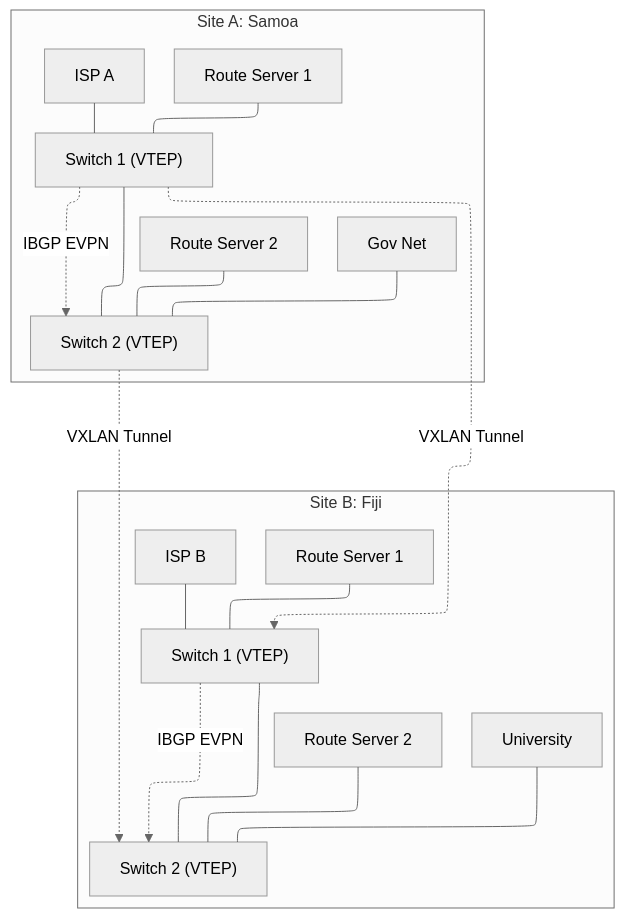
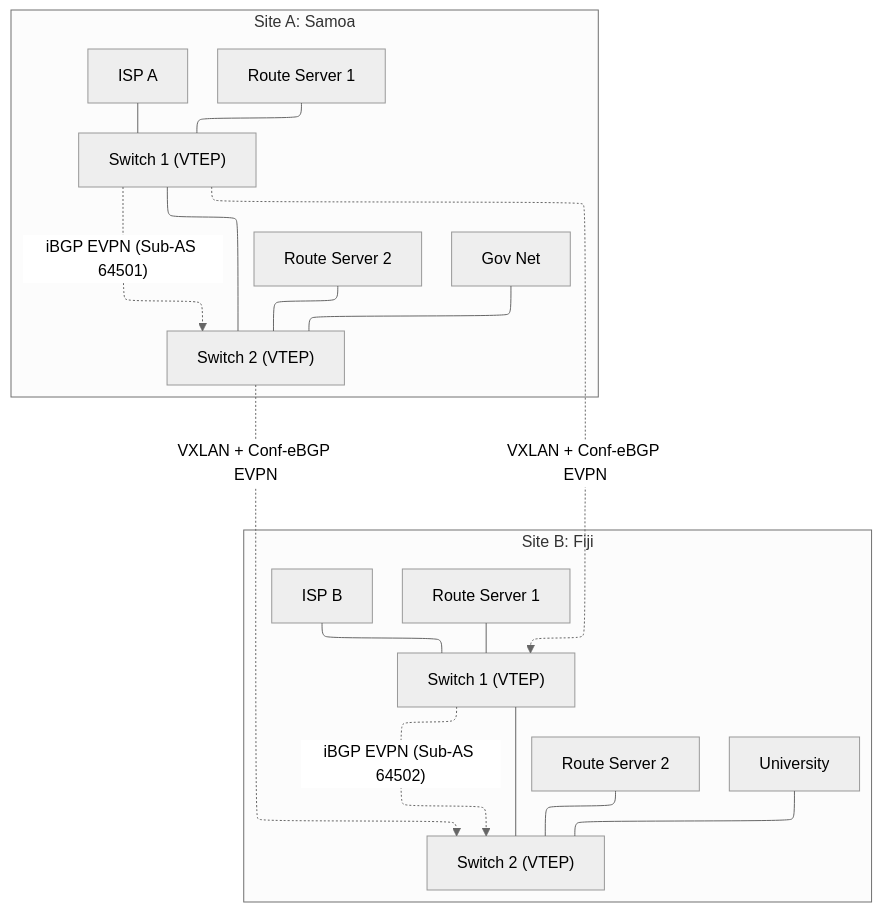
Before and after one commit to IEISI-ORG/pacixp: the diagram in docs/01-high-level-design.md, drawn with Mermaid (neutral theme). The commit also changed other lines of this file and 10 other files, not shown here.

````diff
--- a/docs/01-high-level-design.md
+++ b/docs/01-high-level-design.md
@@ -41,37 +41,37 @@
 ```mermaid
 ---
 config:
   layout: elk
 ---
 flowchart TB
  subgraph subGraph0["Site A: Samoa"]
         A_SW2["Switch 2 (VTEP)"]
         A_SW1["Switch 1 (VTEP)"]
         A_RS1["Route Server 1"]
         A_RS2["Route Server 2"]
         Member_A1["ISP A"]
         Member_A2["Gov Net"]
   end
  subgraph subGraph1["Site B: Fiji"]
         B_SW2["Switch 2 (VTEP)"]
         B_SW1["Switch 1 (VTEP)"]
         B_RS1["Route Server 1"]
         B_RS2["Route Server 2"]
         Member_B1["ISP B"]
         Member_B2["University"]
   end
     A_SW1 --- A_SW2
     A_RS1 --- A_SW1
     A_RS2 --- A_SW2
     Member_A1 --- A_SW1
     Member_A2 --- A_SW2
     B_SW1 --- B_SW2
     B_RS1 --- B_SW1
     B_RS2 --- B_SW2
     Member_B1 --- B_SW1
     Member_B2 --- B_SW2
-    A_SW1 -. VXLAN Tunnel .-> B_SW1
-    A_SW2 -. VXLAN Tunnel .-> B_SW2
-    A_SW1 -. IBGP EVPN .-> A_SW2
-    B_SW1 -. IBGP EVPN .-> B_SW2
+    A_SW1 -. "VXLAN + Conf-eBGP EVPN" .-> B_SW1
+    A_SW2 -. "VXLAN + Conf-eBGP EVPN" .-> B_SW2
+    A_SW1 -. "iBGP EVPN (Sub-AS 64501)" .-> A_SW2
+    B_SW1 -. "iBGP EVPN (Sub-AS 64502)" .-> B_SW2
 ```
````
